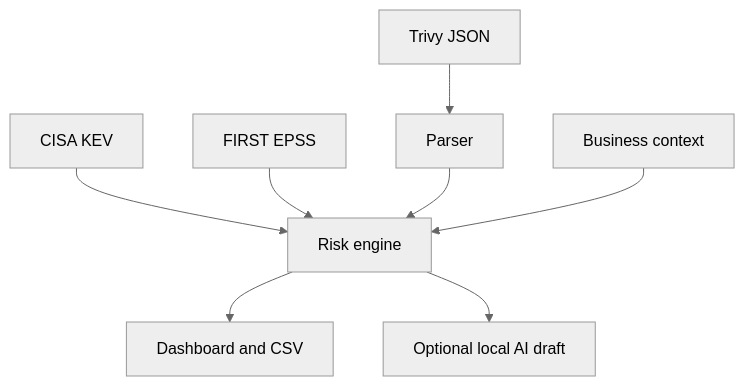
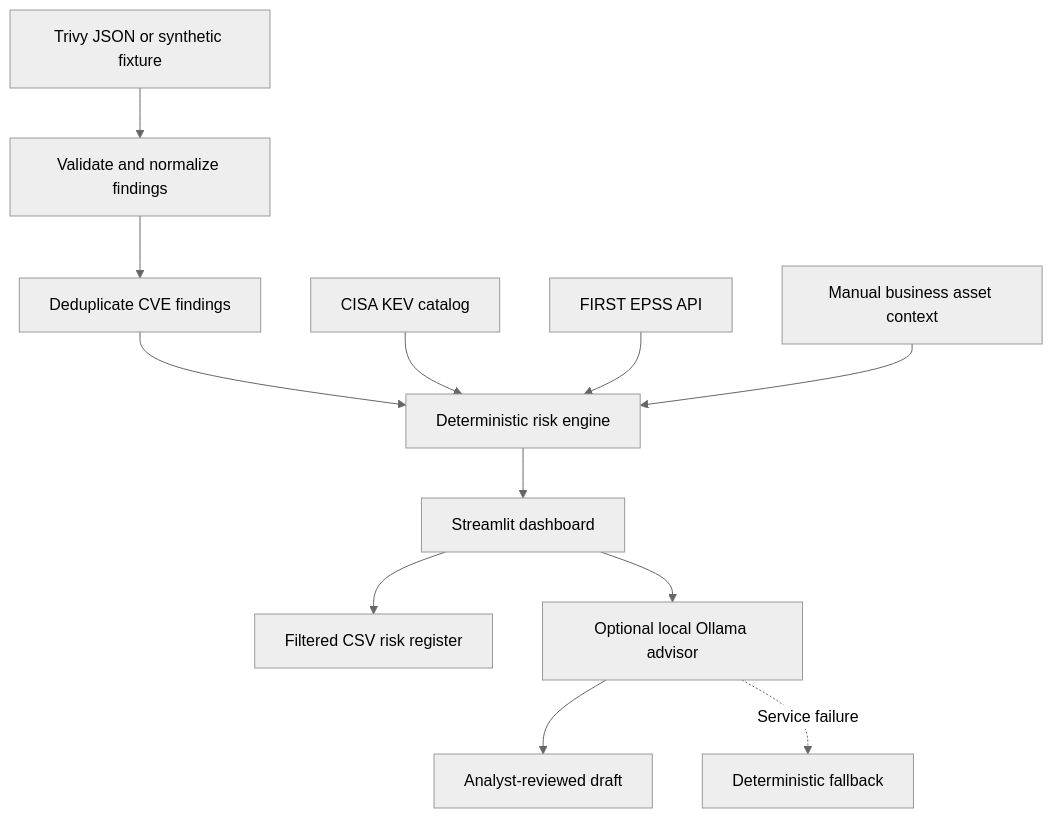
One commit to Faizefied393/AegisRisk-AI changed the diagram in README.md. Above: the diagram before and after it, drawn with Mermaid (neutral theme). The commit also changed other lines of this file, not shown here.

````diff
--- a/README.md
+++ b/README.md
@@ -17,10 +34,14 @@
 ```mermaid
 flowchart TD
- A[Trivy JSON] --> B[Parser]
- C[CISA KEV] --> D[Risk engine]
- E[FIRST EPSS] --> D
- B --> D
- F[Business context] --> D
- D --> G[Dashboard and CSV]
- D --> H[Optional local AI draft]
+    A[Trivy JSON or synthetic fixture] --> B[Validate and normalize findings]
+    B --> C[Deduplicate CVE findings]
+    C --> D[Deterministic risk engine]
+    E[CISA KEV catalog] --> D
+    F[FIRST EPSS API] --> D
+    G[Manual business asset context] --> D
+    D --> H[Streamlit dashboard]
+    H --> I[Filtered CSV risk register]
+    H --> J[Optional local Ollama advisor]
+    J --> K[Analyst-reviewed draft]
+    J -. Service failure .-> L[Deterministic fallback]
 ```
````
